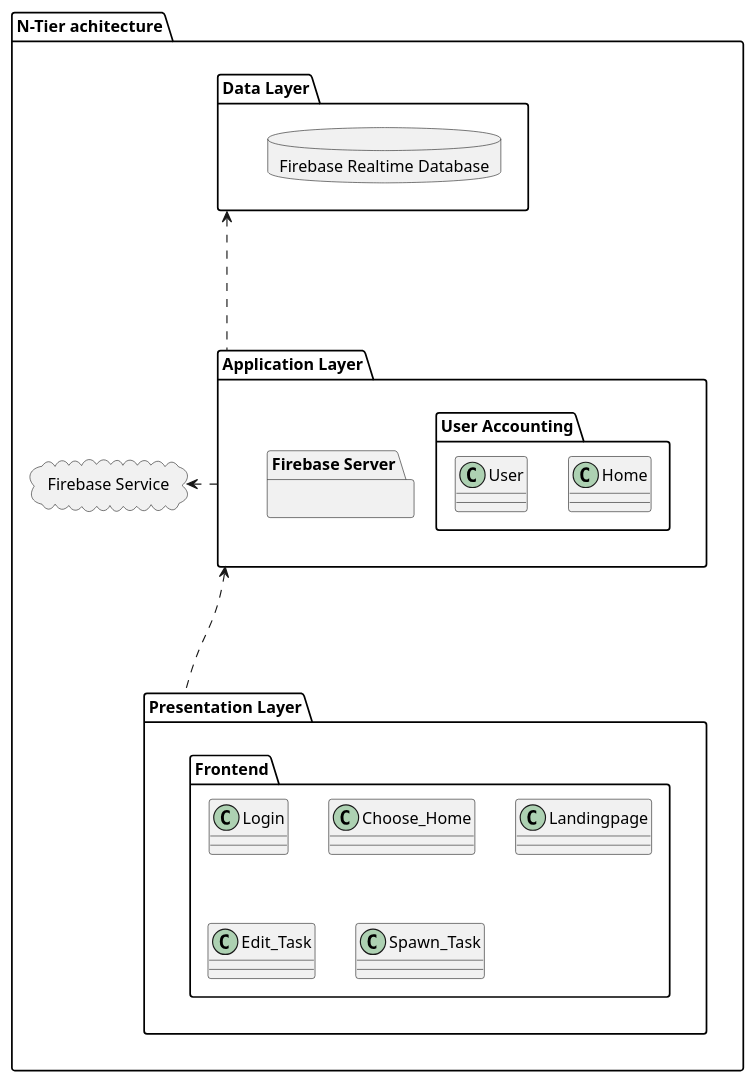
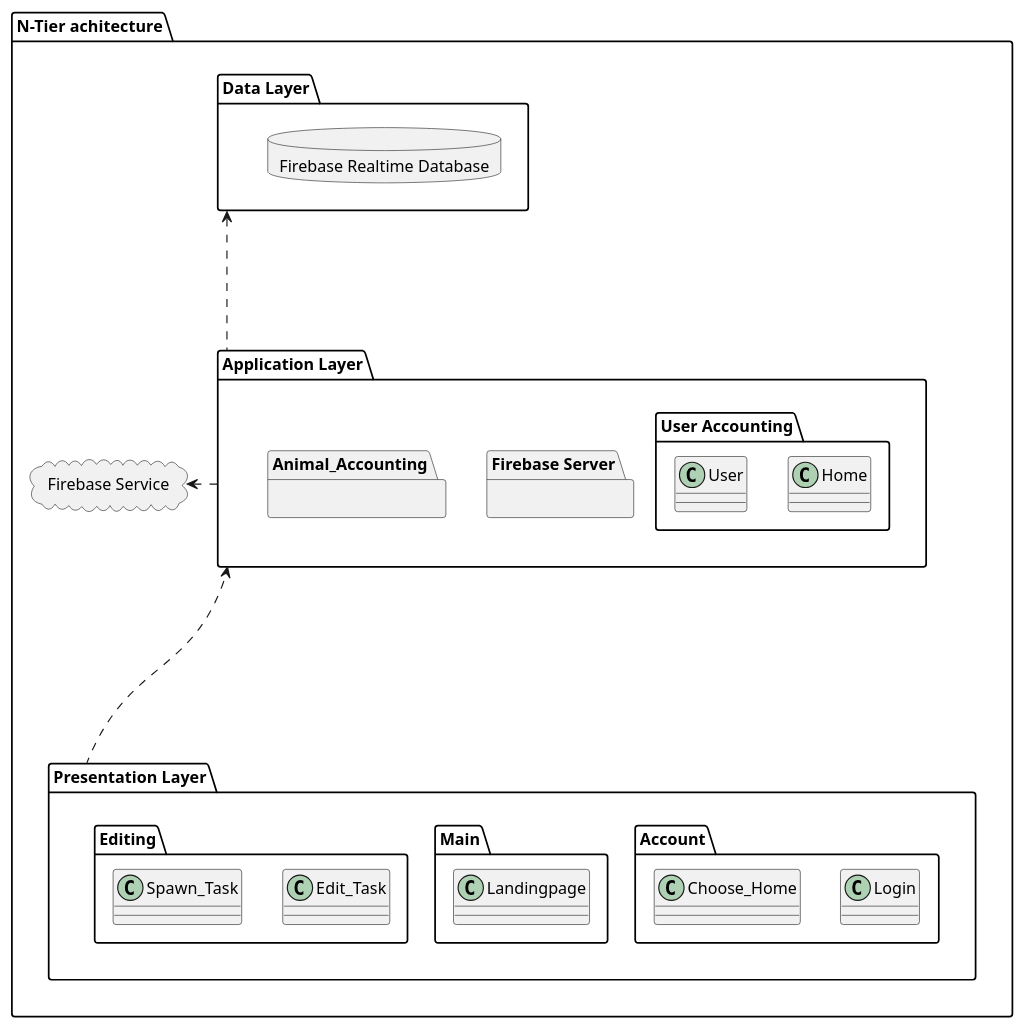
Before and after one commit to K1ntsugi/Praktikum_SE_Vinf5: the diagram in Design.plantuml, drawn with PlantUML.

Commit message:
design update

```diff
--- a/Design.plantuml
+++ b/Design.plantuml
@@ -1,39 +1,47 @@
 @startuml design sprint 1
 
 package "N-Tier achitecture" {
     package "Presentation Layer" as preslayer{
-        package "Frontend" as frontend{
+        package "Account" as frontend{
             class Login
             class Choose_Home
+        }
+
+        package "Main" as MN {
             class Landingpage 
+        }
+        
+        package "Editing" as edit {
             class Edit_Task
             class Spawn_Task
         }
-        
+            
     }
 
     package "Application Layer" as applayer{
         package "Firebase Server" as server{}
         package "User Accounting" as admin{
             class Home 
             class User 
         }
+
+        package "Animal_Accounting" as animalAdmin {}
     }
 
     package "Data Layer" as datalayer{
 
         package "Firebase Realtime Database" as DB <<Database>> {
 
         }
     }
 
      package "Firebase Service" as service <<Cloud>> {
 
     }
 
 }
 
-preslayer ..up..> applayer
+preslayer ...up..> applayer
 applayer ..up..> datalayer
 applayer ..right..> service
 @enduml 
```
